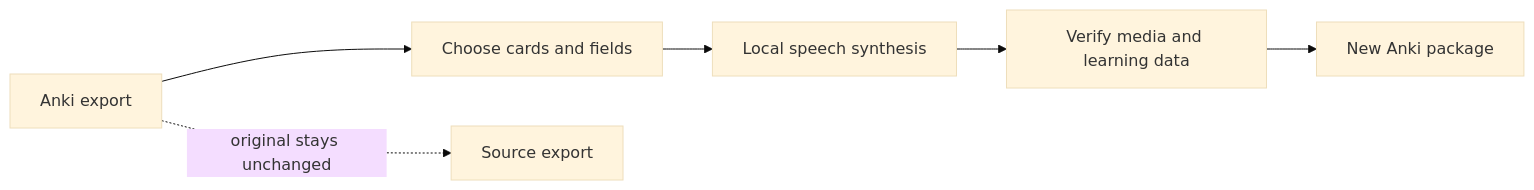
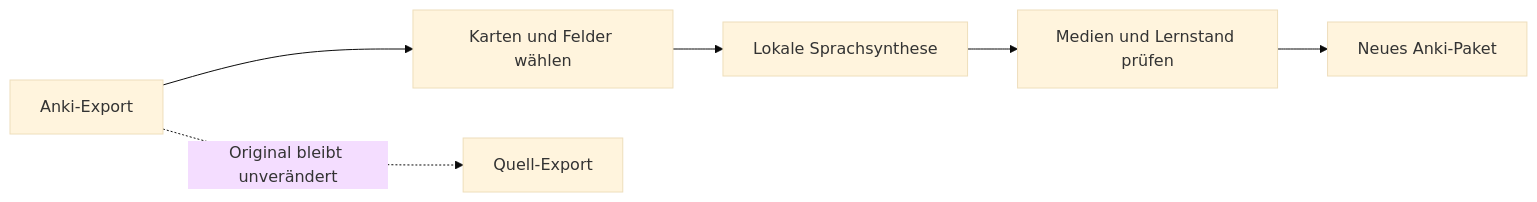
One commit to popovantondev/AnkiSound changed the diagram in README.md. Above: the diagram before and after it, drawn with Mermaid (base theme). The commit also changed other lines of this file and 31 other files, not shown here.

````diff
--- a/README.md
+++ b/README.md
@@ -39,8 +39,8 @@
 ```mermaid
 flowchart LR
-    A[Anki export] --> B[Choose cards and fields]
-    B --> C[Local speech synthesis]
-    C --> D[Verify media and learning data]
-    D --> E[New Anki package]
-    A -. original stays unchanged .-> F[Source export]
+    A[Anki-Export] --> B[Karten und Felder wählen]
+    B --> C[Lokale Sprachsynthese]
+    C --> D[Medien und Lernstand prüfen]
+    D --> E[Neues Anki-Paket]
+    A -. Original bleibt unverändert .-> F[Quell-Export]
 ```
````
